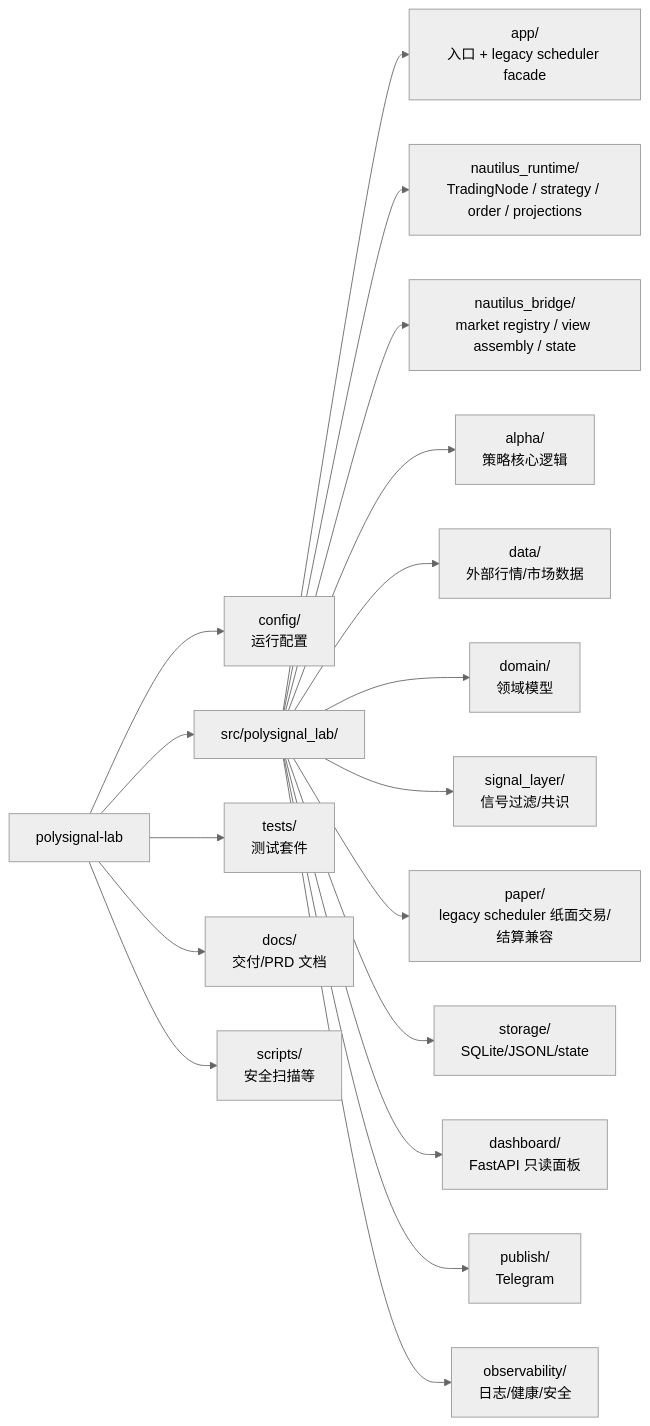
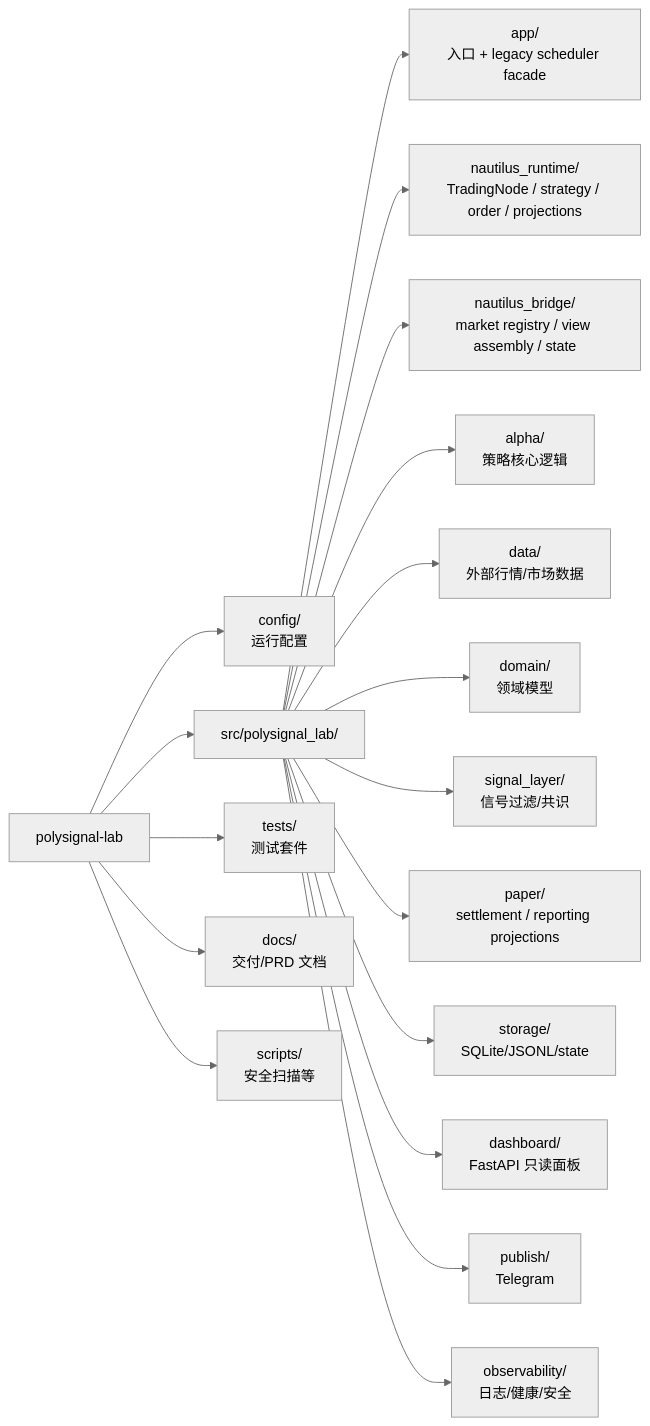
Before and after one commit to 6Kmfi6HP/polysignal-lab: the third of 7 diagrams in docs/PROJECT_ARCHITECTURE_VISUAL.md, drawn with Mermaid (neutral theme). The commit also changed other lines of this file and 4 other files, not shown here.

````diff
--- a/docs/PROJECT_ARCHITECTURE_VISUAL.md
+++ b/docs/PROJECT_ARCHITECTURE_VISUAL.md
@@ -76,21 +76,21 @@
 ```mermaid
 flowchart LR
   Root["polysignal-lab"] --> Config["config/<br/>运行配置"]
   Root --> Src["src/polysignal_lab/"]
   Root --> Tests["tests/<br/>测试套件"]
   Root --> Docs["docs/<br/>交付/PRD 文档"]
   Root --> Scripts["scripts/<br/>安全扫描等"]
 
   Src --> App["app/<br/>入口 + legacy scheduler facade"]
   Src --> NautilusRuntime["nautilus_runtime/<br/>TradingNode / strategy / order / projections"]
   Src --> NautilusBridge["nautilus_bridge/<br/>market registry / view assembly / state"]
   Src --> Alpha["alpha/<br/>策略核心逻辑"]
   Src --> Data["data/<br/>外部行情/市场数据"]
   Src --> Domain["domain/<br/>领域模型"]
   Src --> Signal["signal_layer/<br/>信号过滤/共识"]
-  Src --> Paper["paper/<br/>legacy scheduler 纸面交易/结算兼容"]
+  Src --> Paper["paper/<br/>settlement / reporting projections"]
   Src --> Storage["storage/<br/>SQLite/JSONL/state"]
   Src --> Dashboard["dashboard/<br/>FastAPI 只读面板"]
   Src --> Publish["publish/<br/>Telegram"]
   Src --> Observability["observability/<br/>日志/健康/安全"]
 ```
````
